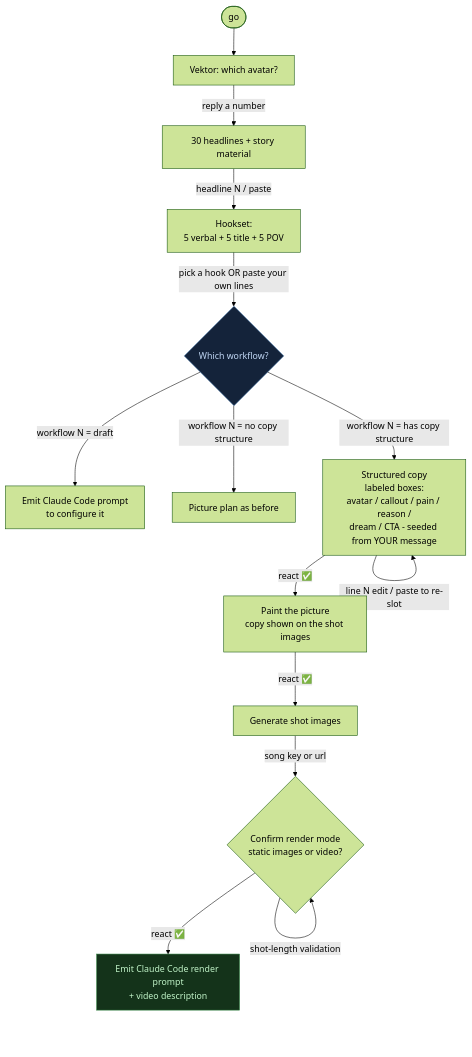
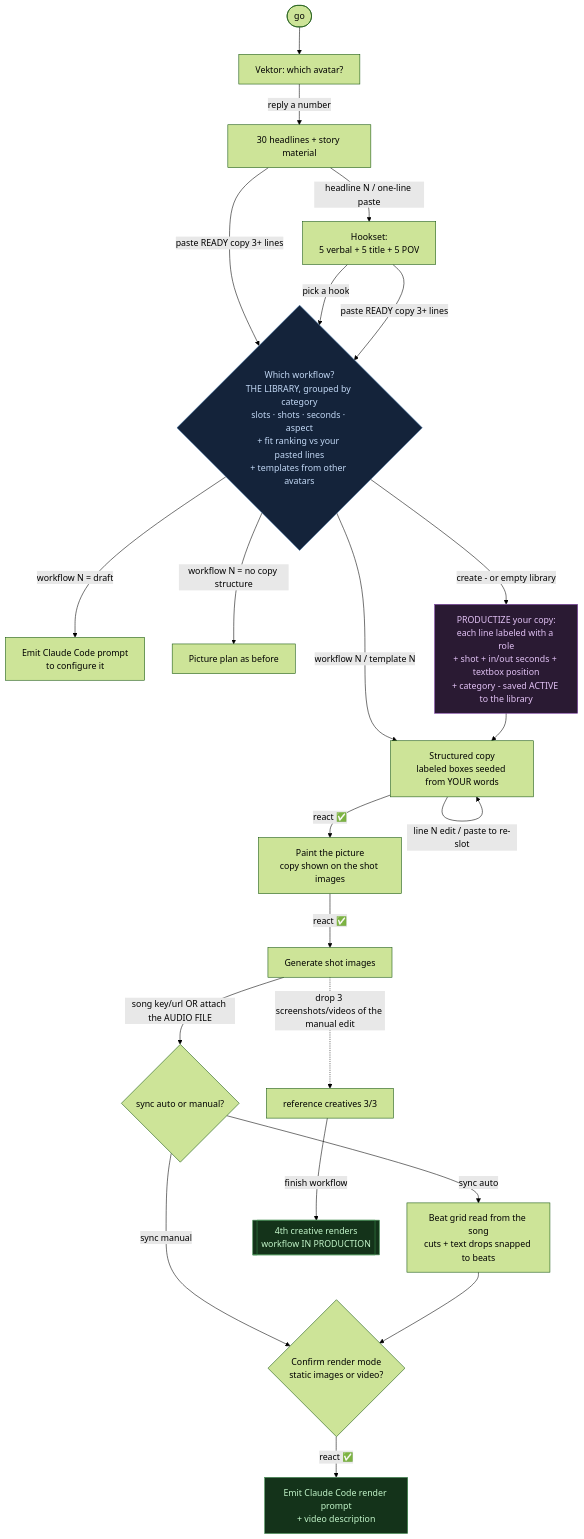
The second of 2 diagrams in docs/SOP-content-workflow-session.md (matthewg119/srt-mission-control), drawn with Mermaid (forest theme) before and after one commit. The commit also changed other lines of this file and 9 other files, not shown here.

First line of the commit message:
Vektor: library map as rendered image, song attach in Slack, beat-sync foundation, 3-reference production gate

````diff
--- a/docs/SOP-content-workflow-session.md
+++ b/docs/SOP-content-workflow-session.md
@@ -30,21 +31,33 @@
 ```mermaid
 flowchart TD
   A([go]) --> B[Vektor: which avatar?]
   B -->|reply a number| C[30 headlines + story material]
-  C -->|headline N / paste| D[Hookset:<br/>5 verbal + 5 title + 5 POV]
-  D -->|pick a hook OR paste your own lines| W{Which workflow?}
+  C -->|headline N / one-line paste| D[Hookset:<br/>5 verbal + 5 title + 5 POV]
+  C -->|paste READY copy 3+ lines| W
+  D -->|pick a hook| W
+  D -->|paste READY copy 3+ lines| W
 
+  W{Which workflow?<br/>THE LIBRARY, grouped by category<br/>slots · shots · seconds · aspect<br/>+ fit ranking vs your pasted lines<br/>+ templates from other avatars}
+
+  W -->|workflow N / template N| S[Structured copy<br/>labeled boxes seeded from YOUR words]
   W -->|workflow N = draft| X[Emit Claude Code prompt<br/>to configure it]
   W -->|workflow N = no copy structure| F[Picture plan as before]
-  W -->|workflow N = has copy structure| S[Structured copy<br/>labeled boxes:<br/>avatar / callout / pain / reason /<br/>dream / CTA - seeded from YOUR message]
+  W -->|create - or empty library| NW[PRODUCTIZE your copy:<br/>each line labeled with a role<br/>+ shot + in/out seconds + textbox position<br/>+ category - saved ACTIVE to the library]
+  NW --> S
 
   S -->|line N edit / paste to re-slot| S
   S -->|react ✅| P[Paint the picture<br/>copy shown on the shot images]
   P -->|react ✅| G[Generate shot images]
-  G -->|song key or url| M{Confirm render mode<br/>static images or video?}
-  M -->|shot-length validation| M
+  G -->|song key/url OR attach the AUDIO FILE| SY{sync auto or manual?}
+  SY -->|sync manual| M{Confirm render mode<br/>static images or video?}
+  SY -->|sync auto| BS[Beat grid read from the song<br/>cuts + text drops snapped to beats] --> M
   M -->|react ✅| R[Emit Claude Code render prompt<br/>+ video description]
 
+  G -. drop 3 screenshots/videos of the manual edit .-> REF[reference creatives 3/3]
+  REF -->|finish workflow| PROD[[4th creative renders<br/>workflow IN PRODUCTION]]
+
   style W fill:#14233a,stroke:#3a6ea5,color:#c2d8f5
+  style NW fill:#2a1a33,stroke:#7a3aa5,color:#e2c2f5
   style R fill:#14331a,stroke:#3a8a4a,color:#c2f5c9
+  style PROD fill:#14331a,stroke:#3a8a4a,color:#c2f5c9
 ```
````
